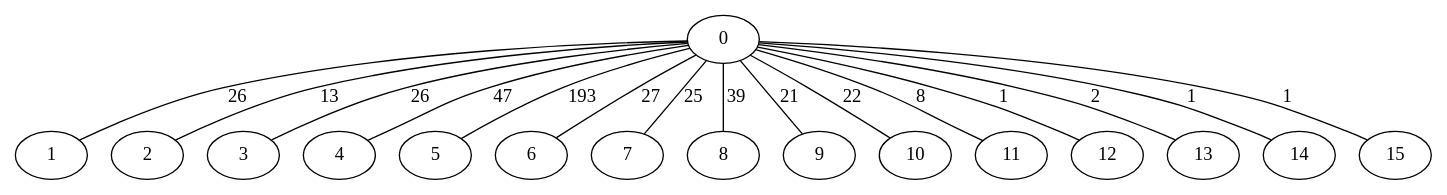
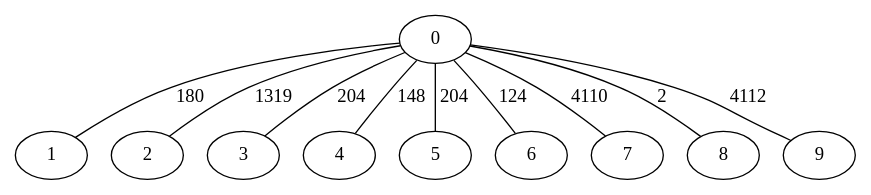
The diagram in multi.dot (JoeyShapiro/Network-GNN), drawn with Graphviz before and after one commit. The commit also changed 5 other files, not shown here.

```diff
--- a/multi.dot
+++ b/multi.dot
@@ -1,33 +1,21 @@
 graph  {
 0;
 1;
 2;
 3;
 4;
 5;
 6;
 7;
 8;
 9;
-10;
-11;
-12;
-13;
-14;
-15;
-0 -- 1  [id=0, key=0, label=26];
-0 -- 2  [id=1, key=0, label=13];
-0 -- 3  [id=2, key=0, label=26];
-0 -- 4  [id=3, key=0, label=47];
-0 -- 5  [id=4, key=0, label=193];
-0 -- 6  [id=5, key=0, label=27];
-0 -- 7  [id=6, key=0, label=25];
-0 -- 8  [id=7, key=0, label=39];
-0 -- 9  [id=8, key=0, label=21];
-0 -- 10  [id=9, key=0, label=22];
-0 -- 11  [id=10, key=0, label=8];
-0 -- 12  [id=11, key=0, label=1];
-0 -- 13  [id=12, key=0, label=2];
-0 -- 14  [id=13, key=0, label=1];
-0 -- 15  [id=14, key=0, label=1];
+0 -- 1  [id=0, key=0, label=180];
+0 -- 2  [id=1, key=0, label=1319];
+0 -- 3  [id=2, key=0, label=204];
+0 -- 4  [id=3, key=0, label=148];
+0 -- 5  [id=4, key=0, label=204];
+0 -- 6  [id=5, key=0, label=124];
+0 -- 8  [id=7, key=0, label=2];
+0 -- 9  [id=8, key=0, label=4112];
+0 -- 7  [id=6, key=0, label=4110];
 }
```
